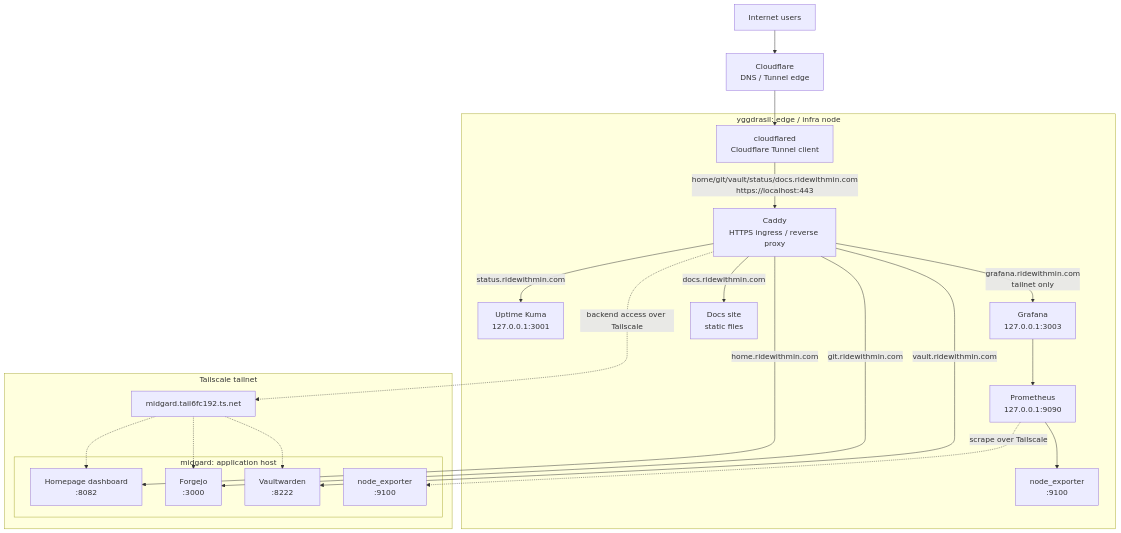
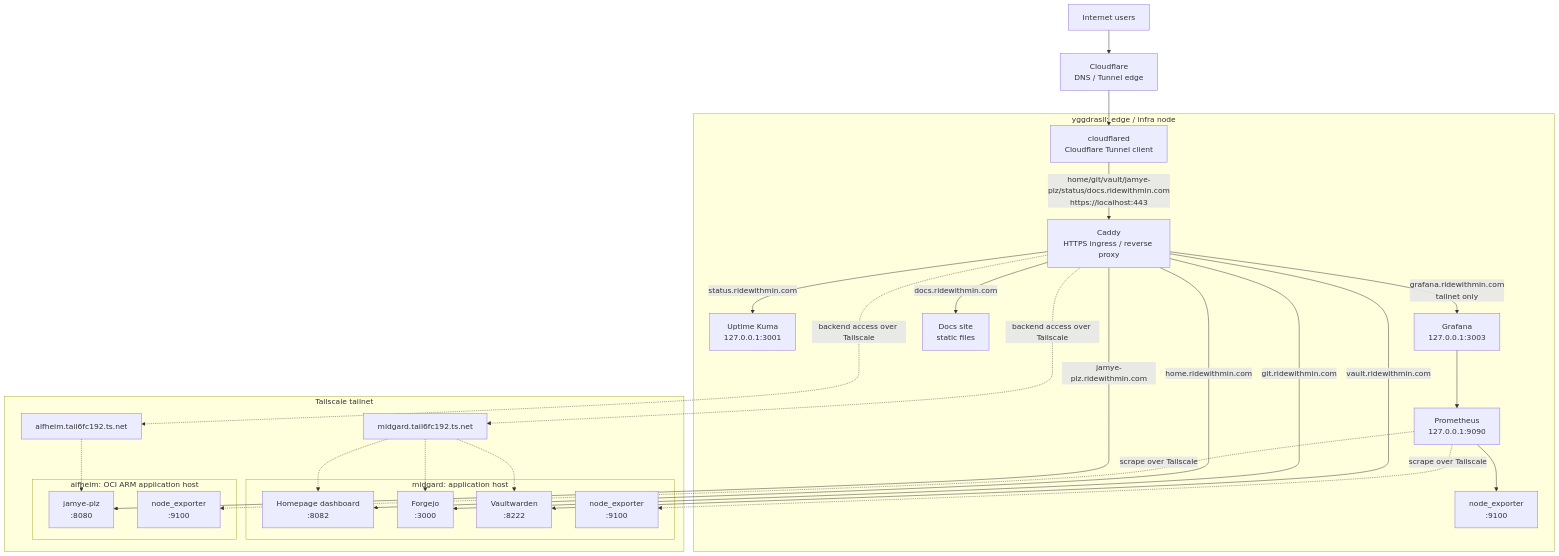
One commit to smg1024/homelab changed the diagram in docs/en/architecture.md. Above: the diagram before and after it, drawn with Mermaid. The commit also changed other lines of this file and 19 other files, not shown here.

Commit message:
document jamye-plz deployment

````diff
--- a/docs/en/architecture.md
+++ b/docs/en/architecture.md
@@ -12,46 +13,56 @@
 ```mermaid
 flowchart TD
     internet["Internet users"]
     cloudflare["Cloudflare<br/>DNS / Tunnel edge"]
 
     subgraph yggdrasil["yggdrasil: edge / infra node"]
         cloudflared["cloudflared<br/>Cloudflare Tunnel client"]
         caddy["Caddy<br/>HTTPS ingress / reverse proxy"]
         kuma["Uptime Kuma<br/>127.0.0.1:3001"]
         prometheus["Prometheus<br/>127.0.0.1:9090"]
         grafana["Grafana<br/>127.0.0.1:3003"]
         docsSite["Docs site<br/>static files"]
         yNodeExporter["node_exporter<br/>:9100"]
     end
 
     subgraph tailnet["Tailscale tailnet"]
         midgardDns["midgard.tail6fc192.ts.net"]
+        alfheimDns["alfheim.tail6fc192.ts.net"]
 
         subgraph midgard["midgard: application host"]
             homepage["Homepage dashboard<br/>:8082"]
             forgejo["Forgejo<br/>:3000"]
             vaultwarden["Vaultwarden<br/>:8222"]
             mNodeExporter["node_exporter<br/>:9100"]
         end
+
+        subgraph alfheim["alfheim: OCI ARM application host"]
+            jamyePlz["jamye-plz<br/>:8080"]
+            aNodeExporter["node_exporter<br/>:9100"]
+        end
     end
 
     internet --> cloudflare
     cloudflare --> cloudflared
-    cloudflared -->|"home/git/vault/status/docs.ridewithmin.com<br/>https://localhost:443"| caddy
+    cloudflared -->|"home/git/vault/jamye-plz/status/docs.ridewithmin.com<br/>https://localhost:443"| caddy
 
     caddy -->|"status.ridewithmin.com"| kuma
     caddy -->|"home.ridewithmin.com"| homepage
     caddy -->|"git.ridewithmin.com"| forgejo
     caddy -->|"vault.ridewithmin.com"| vaultwarden
+    caddy -->|"jamye-plz.ridewithmin.com"| jamyePlz
     caddy -->|"grafana.ridewithmin.com<br/>tailnet only"| grafana
     caddy -->|"docs.ridewithmin.com"| docsSite
 
     caddy -.->|backend access over Tailscale| midgardDns
+    caddy -.->|backend access over Tailscale| alfheimDns
     midgardDns -.-> homepage
     midgardDns -.-> forgejo
     midgardDns -.-> vaultwarden
+    alfheimDns -.-> jamyePlz
 
     prometheus --> yNodeExporter
     prometheus -.->|scrape over Tailscale| mNodeExporter
+    prometheus -.->|scrape over Tailscale| aNodeExporter
     grafana --> prometheus
 ```
````
